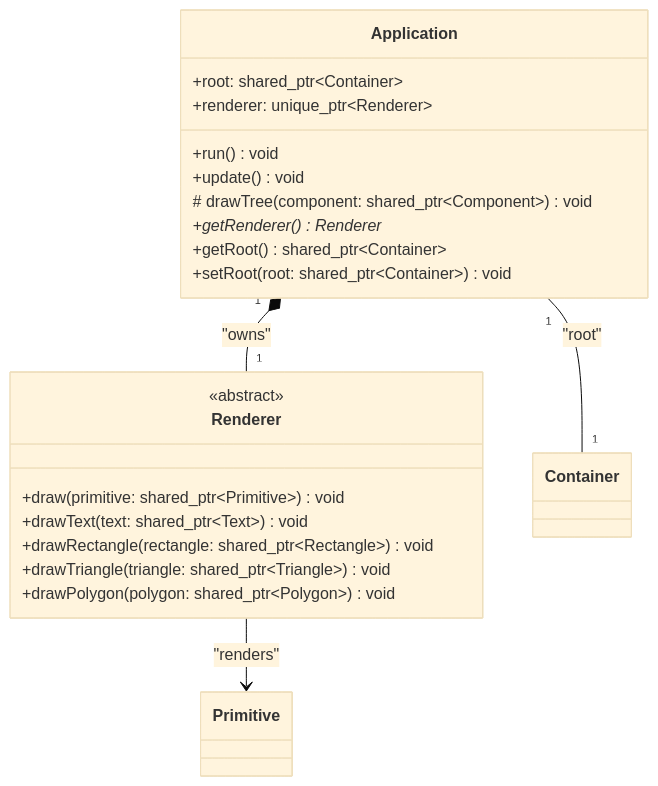
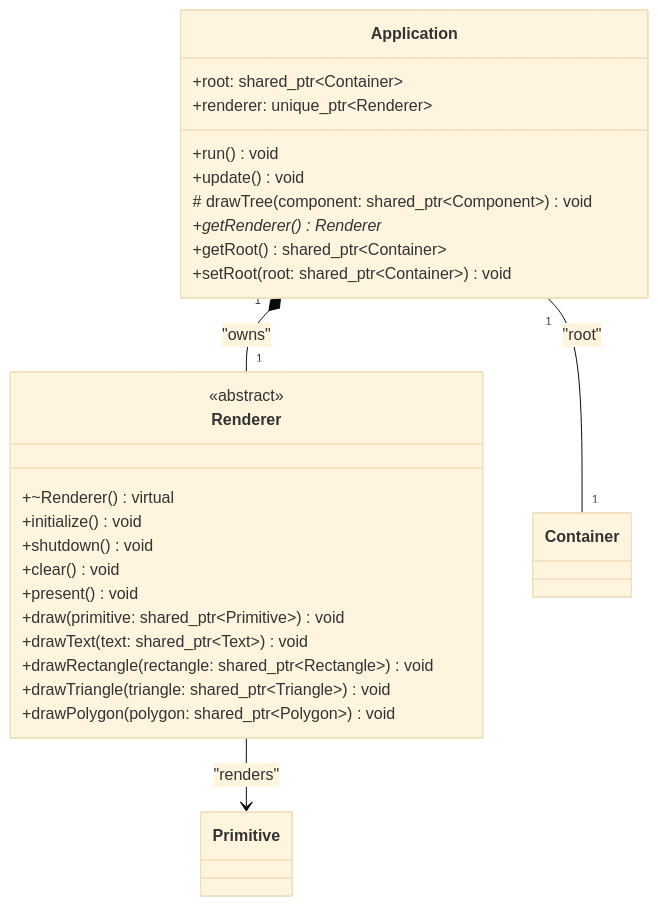
One commit to etib-corp/guillaume changed the fifth of 6 diagrams in documentations/ARCHITECTURE.md. Above: the diagram before and after it, drawn with Mermaid (base theme). The commit also changed 3 other files, not shown here.

````diff
--- a/documentations/ARCHITECTURE.md
+++ b/documentations/ARCHITECTURE.md
@@ -187,29 +187,34 @@
 ```mermaid
 classDiagram
   class Application {
     +root: shared_ptr~Container~
     +renderer: unique_ptr~Renderer~
     +run() void
     +update() void
     # drawTree(component: shared_ptr~Component~) void
     +getRenderer() Renderer*
     +getRoot() shared_ptr~Container~
     +setRoot(root: shared_ptr~Container~) void
   }
 
   class Renderer {
     <<abstract>>
+    +~Renderer() virtual
+    +initialize() void
+    +shutdown() void
+    +clear() void
+    +present() void
     +draw(primitive: shared_ptr~Primitive~) void
     +drawText(text: shared_ptr~Text~) void
     +drawRectangle(rectangle: shared_ptr~Rectangle~) void
     +drawTriangle(triangle: shared_ptr~Triangle~) void
     +drawPolygon(polygon: shared_ptr~Polygon~) void
   }
 
   class Container {
   }
 
   Application "1" -- "1" Container : "root"
   Application "1" *-- "1" Renderer : "owns"
   Renderer --> Primitive : "renders"
 ```
````
